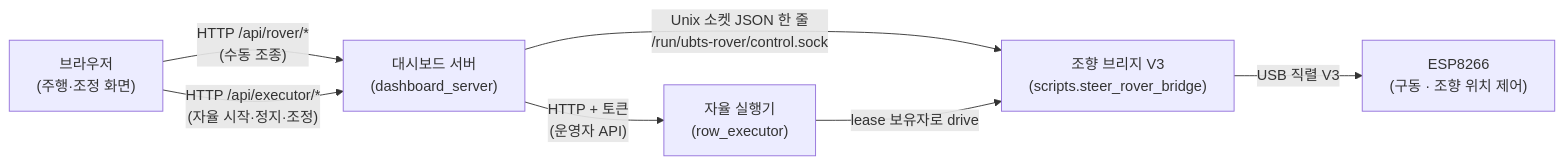
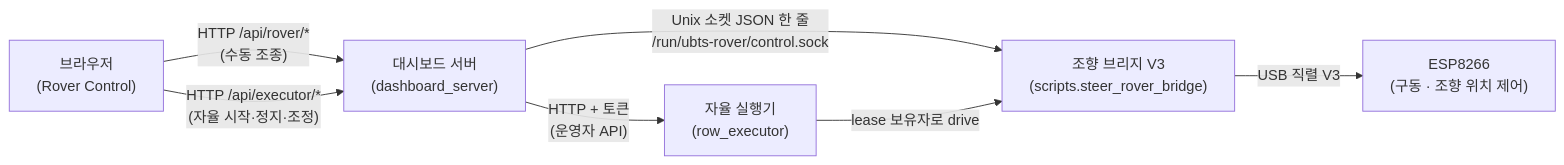
Before and after one commit to 2026-BTS-UNI-Car/unist_orachard_dashboard: the first of 2 diagrams in docs/STEERING_SERVER_KO.md, drawn with Mermaid. The commit also changed other lines of this file and 12 other files, not shown here.

First line of the commit message:
Docs: the restored menu pages and where the new parts of Rover Control are

````diff
--- a/docs/STEERING_SERVER_KO.md
+++ b/docs/STEERING_SERVER_KO.md
@@ -14,9 +14,9 @@
 ```mermaid
 flowchart LR
-  B["브라우저<br/>(주행·조정 화면)"] -->|"HTTP /api/rover/*<br/>(수동 조종)"| D["대시보드 서버<br/>(dashboard_server)"]
+  B["브라우저<br/>(Rover Control)"] -->|"HTTP /api/rover/*<br/>(수동 조종)"| D["대시보드 서버<br/>(dashboard_server)"]
   B -->|"HTTP /api/executor/*<br/>(자율 시작·정지·조정)"| D
   D -->|"Unix 소켓 JSON 한 줄<br/>/run/ubts-rover/control.sock"| BR["조향 브리지 V3<br/>(scripts.steer_rover_bridge)"]
   D -->|"HTTP + 토큰<br/>(운영자 API)"| EX["자율 실행기<br/>(row_executor)"]
   EX -->|"lease 보유자로 drive"| BR
   BR -->|"USB 직렬 V3"| ESP["ESP8266<br/>(구동 · 조향 위치 제어)"]
 ```
````
